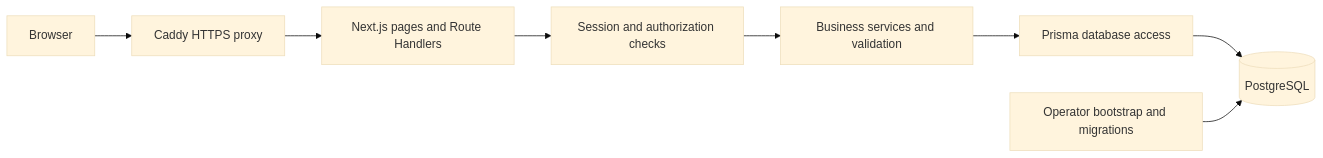
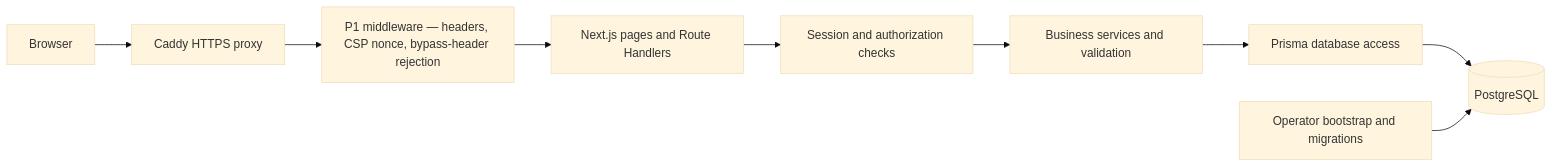
The diagram in docs/design.md (ahanys1/sec-sys-dev-final-proj), drawn with Mermaid (base theme) before and after one commit. The commit also changed other lines of this file and 12 other files, not shown here.

````diff
--- a/docs/design.md
+++ b/docs/design.md
@@ -17,13 +17,14 @@
 ```mermaid
 flowchart LR
     B["Browser"]
     C["Caddy HTTPS proxy"]
     P["Next.js pages and Route Handlers"]
     S["Session and authorization checks"]
     L["Business services and validation"]
     Q["Prisma database access"]
     D[("PostgreSQL")]
     O["Operator bootstrap and migrations"]
-    B --> C --> P --> S --> L --> Q --> D
+    M["P1 middleware — headers, CSP nonce, bypass-header rejection"]
+    B --> C --> M --> P --> S --> L --> Q --> D
     O --> D
 ```
````
